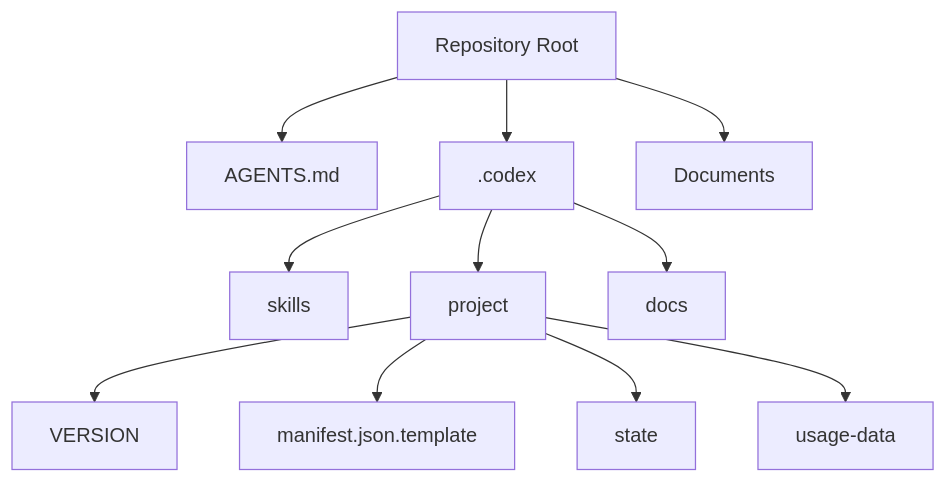
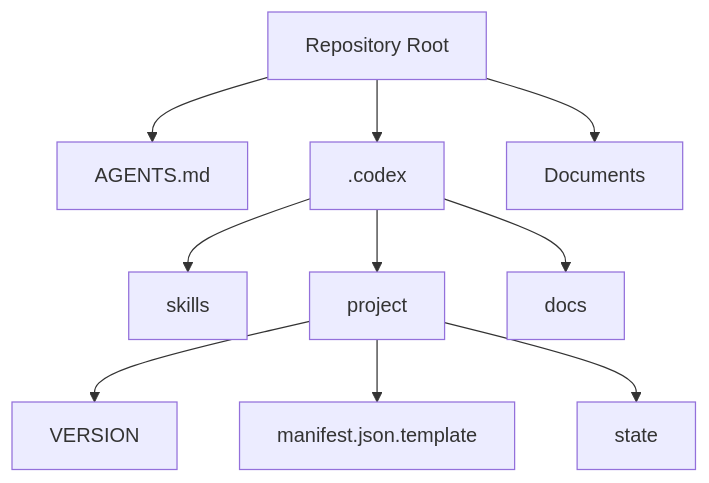
The diagram in Documents/03-folder-structure.md (Jimmy-Jung/codex_symbiote), drawn with Mermaid before and after one commit. The commit also changed other lines of this file and 42 other files, not shown here.

````diff
--- a/Documents/03-folder-structure.md
+++ b/Documents/03-folder-structure.md
@@ -49,13 +44,12 @@
 ```mermaid
 flowchart TD
     R[Repository Root] --> A[AGENTS.md]
     R --> C[.codex]
     R --> D[Documents]
     C --> CS[skills]
     C --> CP[project]
     C --> CD[docs]
     CP --> CV[VERSION]
     CP --> CT[manifest.json.template]
     CP --> CState[state]
-    CP --> CUsage[usage-data]
 ```
````
